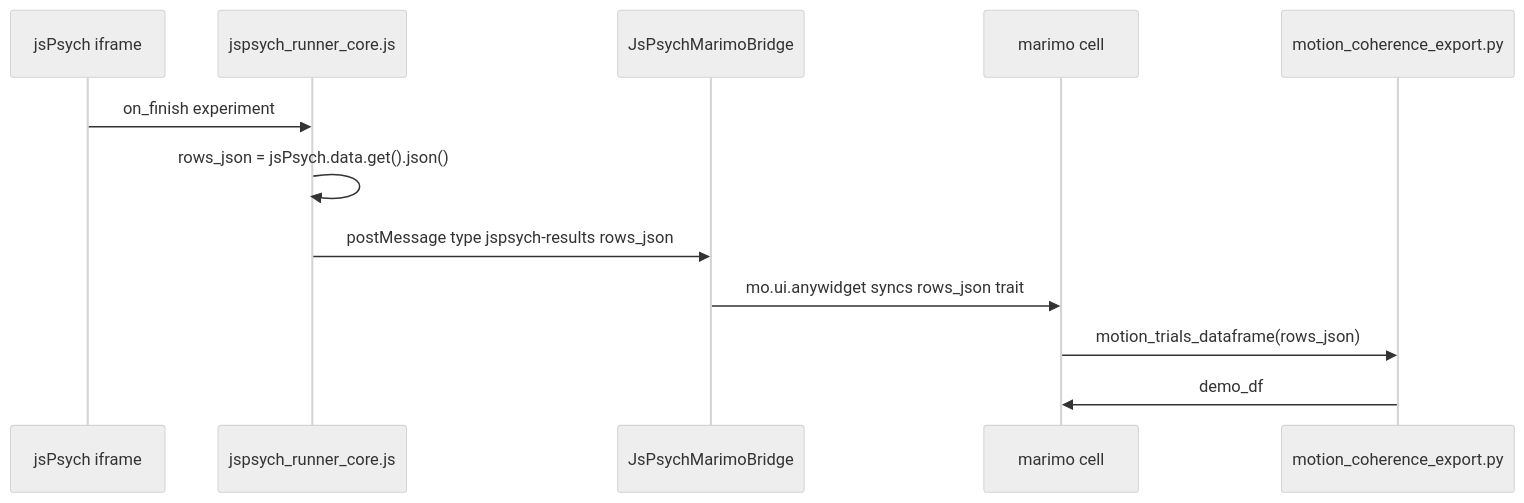
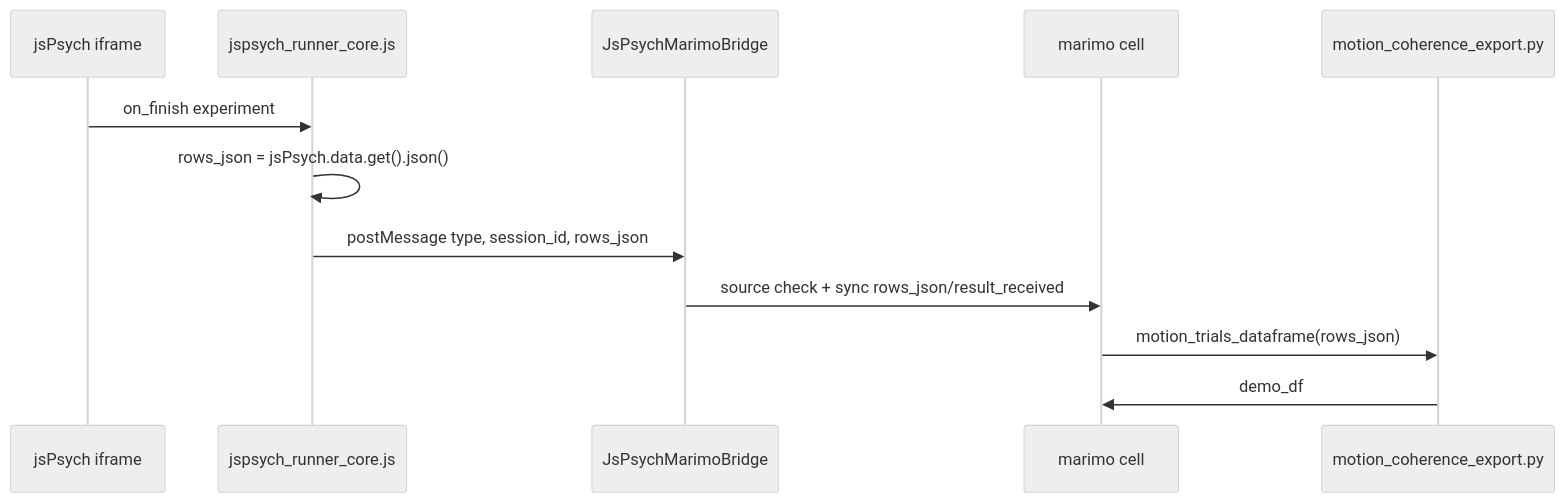
The third of 3 diagrams in DOCUMENTATION.md (lnccbrown/experiment-hssm-demos), drawn with Mermaid (neutral theme) before and after one commit. The commit also changed other lines of this file and 25 other files, not shown here.

````diff
--- a/DOCUMENTATION.md
+++ b/DOCUMENTATION.md
@@ -311,15 +320,15 @@
 ```mermaid
 sequenceDiagram
   participant Iframe as jsPsych iframe
   participant Core as jspsych_runner_core.js
   participant Bridge as JsPsychMarimoBridge
   participant Marimo as marimo cell
   participant Py as motion_coherence_export.py
 
   Iframe->>Core: on_finish experiment
   Core->>Core: rows_json = jsPsych.data.get().json()
-  Core->>Bridge: postMessage type jspsych-results rows_json
-  Bridge->>Marimo: mo.ui.anywidget syncs rows_json trait
+  Core->>Bridge: postMessage type, session_id, rows_json
+  Bridge->>Marimo: source check + sync rows_json/result_received
   Marimo->>Py: motion_trials_dataframe(rows_json)
   Py->>Marimo: demo_df
 ```
````
